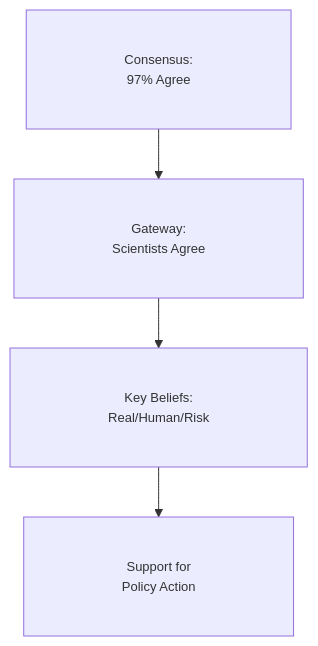
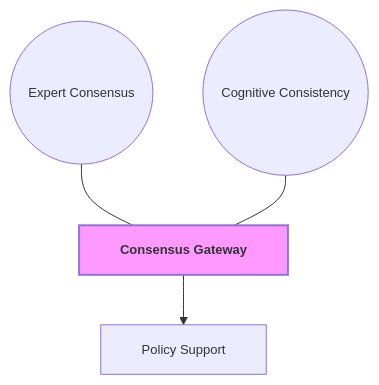
The sixth of 7 diagrams in Communication_Influence/Mastery_Guide_SOW_BS033.md (GM024/CourseSummaries), drawn with Mermaid before and after one commit. The commit also changed other lines of this file, not shown here.

Commit message:
Encyclopedia Edition: 300w abstracts, 500w How-to-remember, red-bold verbatim keywords, and APA Figures with detailed notes

````diff
--- a/Communication_Influence/Mastery_Guide_SOW_BS033.md
+++ b/Communication_Influence/Mastery_Guide_SOW_BS033.md
@@ -207,7 +290,12 @@
 ```mermaid
-%%{init: {'flowchart': {'padding': 40}, 'themeVariables': { 'fontSize': '13px' }}}%%
+%%{init: { 'flowchart': { 'padding': 15, 'nodeSpacing': 50, 'rankSpacing': 50, 'curve': 'basis' }, 'themeVariables': { 'fontSize': '13px' }}}%%
 graph TD
-    Consensus["&nbsp;&nbsp;&nbsp;&nbsp; Consensus: &nbsp;&nbsp;&nbsp;&nbsp;<br/>&nbsp;&nbsp;&nbsp;&nbsp; 97% Agree &nbsp;&nbsp;&nbsp;&nbsp;"] --> Gateway["&nbsp;&nbsp;&nbsp;&nbsp; Gateway: &nbsp;&nbsp;&nbsp;&nbsp;<br/>&nbsp;&nbsp;&nbsp;&nbsp; Scientists Agree &nbsp;&nbsp;&nbsp;&nbsp;"]
-    Gateway --> KeyBeliefs["&nbsp;&nbsp;&nbsp;&nbsp; Key Beliefs: &nbsp;&nbsp;&nbsp;&nbsp;<br/>&nbsp;&nbsp;&nbsp;&nbsp; Real/Human/Risk &nbsp;&nbsp;&nbsp;&nbsp;"]
-    KeyBeliefs --> PolicySupport["&nbsp;&nbsp;&nbsp;&nbsp; Support for &nbsp;&nbsp;&nbsp;&nbsp;<br/>&nbsp;&nbsp;&nbsp;&nbsp; Policy Action &nbsp;&nbsp;&nbsp;&nbsp;"]
+    Hub["&nbsp;&nbsp; Consensus Gateway &nbsp;&nbsp;"]:::hubNode
+    
+    S1(("&nbsp;&nbsp; Expert Consensus &nbsp;&nbsp;")) --- Hub
+    S2(("&nbsp;&nbsp; Cognitive Consistency &nbsp;&nbsp;")) --- Hub
+    
+    Hub --> B1["&nbsp;&nbsp; Policy Support &nbsp;&nbsp;"]
+    
+    classDef hubNode font-weight:bold,stroke-width:2px,fill:#f9f;
 ```
````
